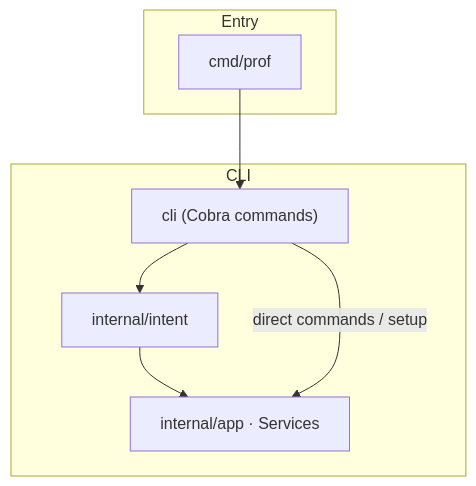
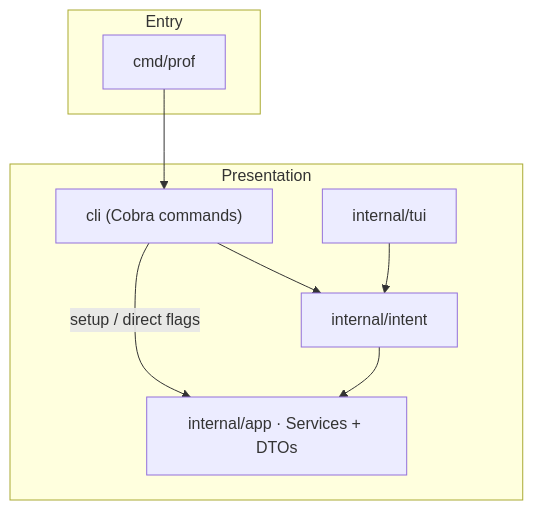
One commit to AlexsanderHamir/prof changed the first of 2 diagrams in CODEBASE_DESIGN.md. Above: the diagram before and after it, drawn with Mermaid. The commit also changed other lines of this file and 117 other files, not shown here.

First line of the commit message:
refactor(architecture): unify collect engine and kernel packages

````diff
--- a/CODEBASE_DESIGN.md
+++ b/CODEBASE_DESIGN.md
@@ -30,15 +27,17 @@
 ```mermaid
 flowchart TB
   subgraph entry [Entry]
     cmd["cmd/prof"]
   end
-  subgraph cli [CLI]
+  subgraph presentation [Presentation]
     cobra["cli (Cobra commands)"]
     intentPkg["internal/intent"]
-    app["internal/app · Services"]
+    tuiPkg["internal/tui"]
+    app["internal/app · Services + DTOs"]
   end
   cmd --> cobra
   cobra --> intentPkg
   intentPkg --> app
-  cobra -->|direct commands / setup| app
+  cobra -->|setup / direct flags| app
+  tuiPkg --> intentPkg
 ```
````
